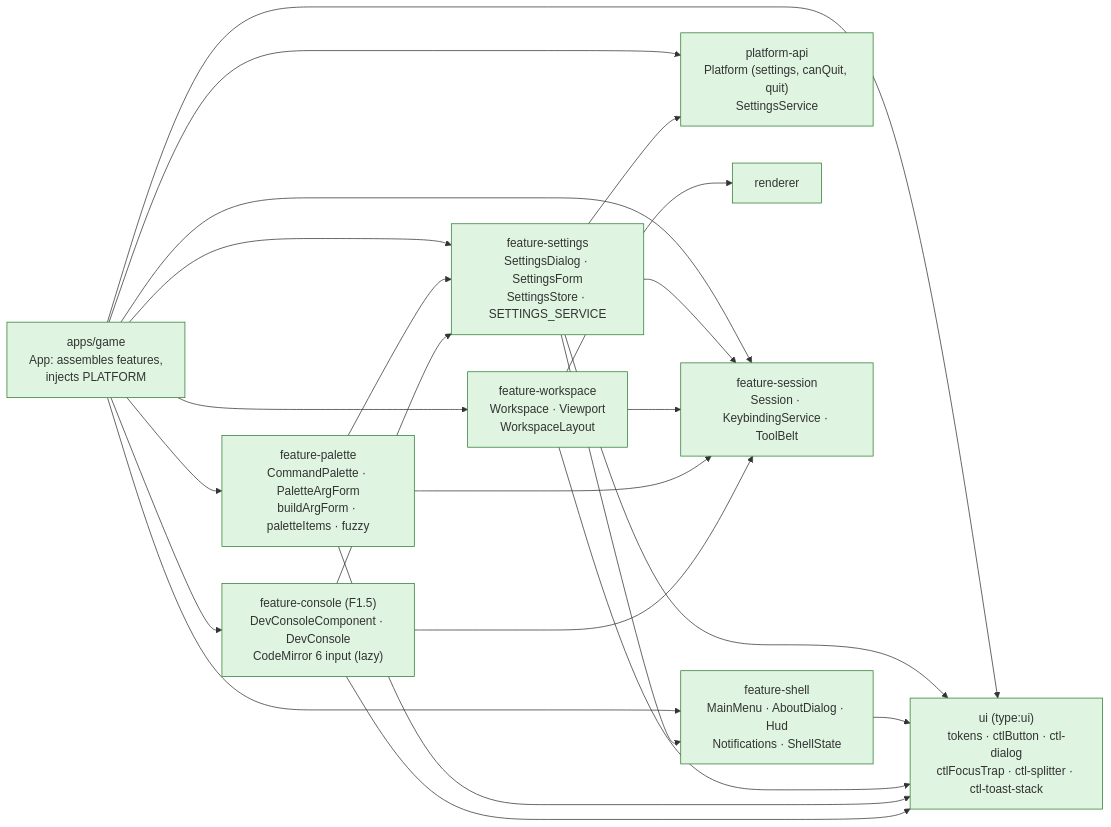
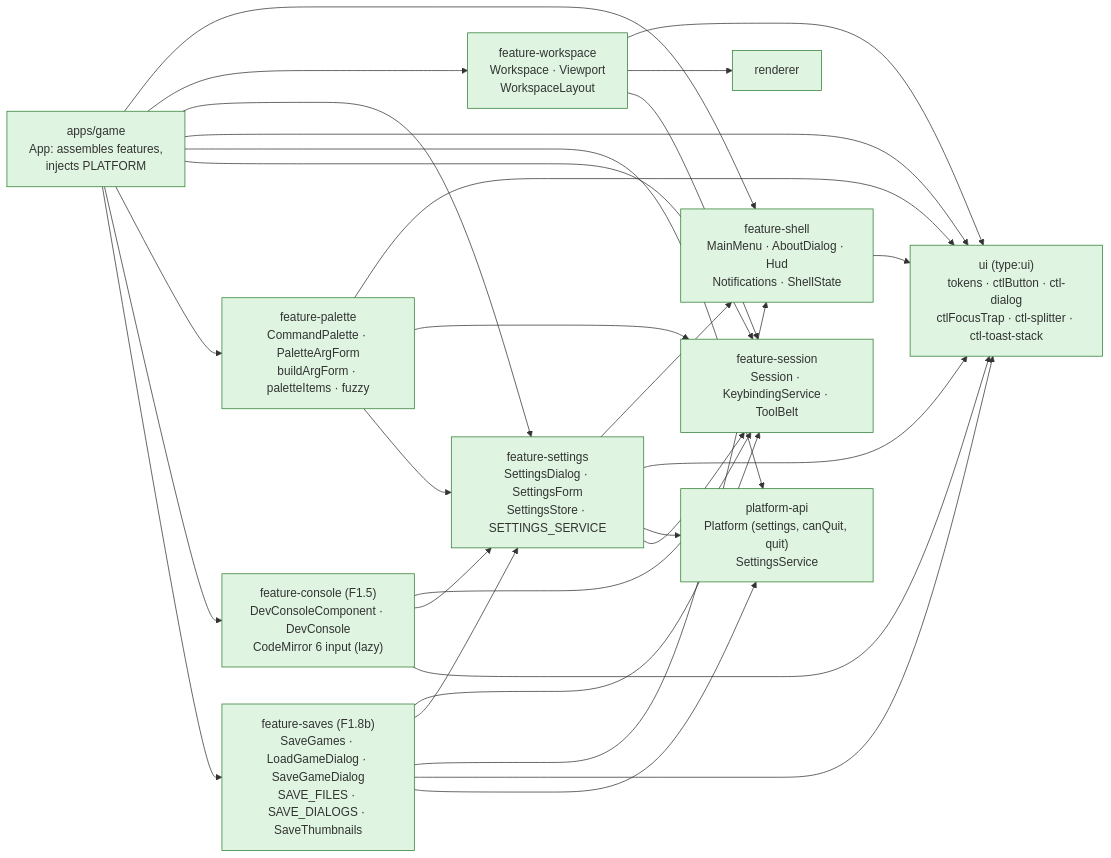
One commit to joebarbere/controls changed the first of 10 diagrams in docs/architecture/ui-shell.md. Above: the diagram before and after it, drawn with Mermaid. The commit also changed other lines of this file and 56 other files, not shown here.

First line of the commit message:
feat(saves): F1.8b part 3, save and load through the session, autosave, Continue and Load (#24)

````diff
--- a/docs/architecture/ui-shell.md
+++ b/docs/architecture/ui-shell.md
@@ -7,24 +7,26 @@
 ```mermaid
 flowchart LR
     classDef done fill:#dff5e1,stroke:#2e7d32;
     classDef later fill:#f4f4f4,stroke:#999,stroke-dasharray: 4 3;
 
     GAME["apps/game<br/>App: assembles features,<br/>injects PLATFORM"]:::done
     SHELL["feature-shell<br/>MainMenu · AboutDialog · Hud<br/>Notifications · ShellState"]:::done
     WS["feature-workspace<br/>Workspace · Viewport<br/>WorkspaceLayout"]:::done
     SET["feature-settings<br/>SettingsDialog · SettingsForm<br/>SettingsStore · SETTINGS_SERVICE"]:::done
     UI["ui (type:ui)<br/>tokens · ctlButton · ctl-dialog<br/>ctlFocusTrap · ctl-splitter · ctl-toast-stack"]:::done
     PAPI["platform-api<br/>Platform (settings, canQuit, quit)<br/>SettingsService"]:::done
     REND["renderer"]:::done
     SESS["feature-session<br/>Session · KeybindingService · ToolBelt"]:::done
     PAL["feature-palette<br/>CommandPalette · PaletteArgForm<br/>buildArgForm · paletteItems · fuzzy"]:::done
     CON["feature-console (F1.5)<br/>DevConsoleComponent · DevConsole<br/>CodeMirror 6 input (lazy)"]:::done
+    SAV["feature-saves (F1.8b)<br/>SaveGames · LoadGameDialog · SaveGameDialog<br/>SAVE_FILES · SAVE_DIALOGS · SaveThumbnails"]:::done
 
     GAME --> SHELL & WS & SET & UI & PAPI & SESS & PAL
     SET --> SHELL & UI & PAPI & SESS
     SHELL --> UI
     WS --> UI & REND & SESS
     PAL --> UI & SESS & SET
     CON --> SESS & SET & UI
-    GAME --> CON
+    GAME --> CON & SAV
+    SAV --> SESS & SET & SHELL & UI & PAPI
 ```
````
